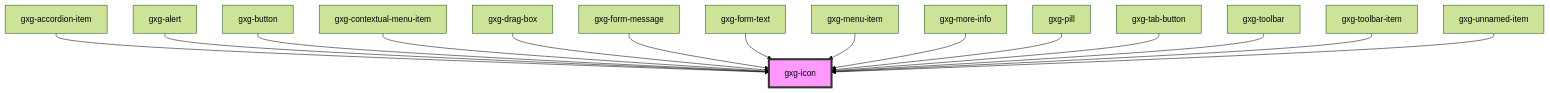
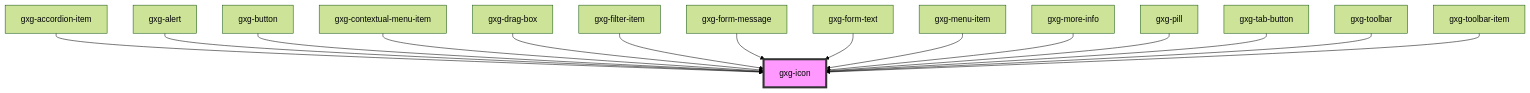
One commit to genexuslabs/gemini changed the diagram in src/components/icon/readme.md. Above: the diagram before and after it, drawn with Mermaid (forest theme). The commit also changed other lines of this file and 13 other files, not shown here.

````diff
--- a/src/components/icon/readme.md
+++ b/src/components/icon/readme.md
@@ -35,18 +35,18 @@
 ```mermaid
 graph TD;
   gxg-accordion-item --> gxg-icon
   gxg-alert --> gxg-icon
   gxg-button --> gxg-icon
   gxg-contextual-menu-item --> gxg-icon
   gxg-drag-box --> gxg-icon
+  gxg-filter-item --> gxg-icon
   gxg-form-message --> gxg-icon
   gxg-form-text --> gxg-icon
   gxg-menu-item --> gxg-icon
   gxg-more-info --> gxg-icon
   gxg-pill --> gxg-icon
   gxg-tab-button --> gxg-icon
   gxg-toolbar --> gxg-icon
   gxg-toolbar-item --> gxg-icon
-  gxg-unnamed-item --> gxg-icon
   style gxg-icon fill:#f9f,stroke:#333,stroke-width:4px
 ```
````
